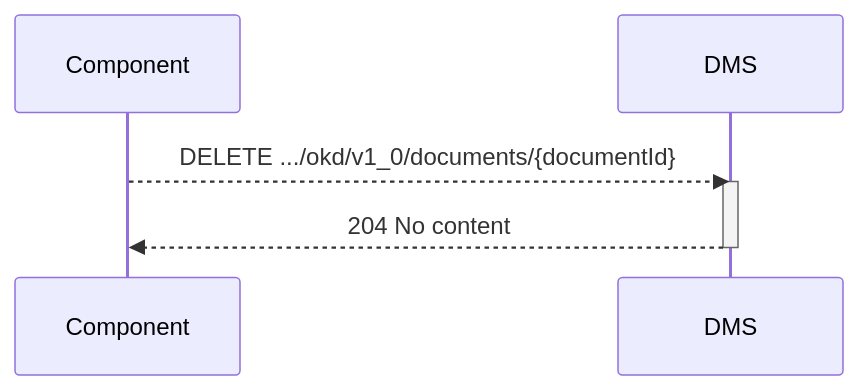
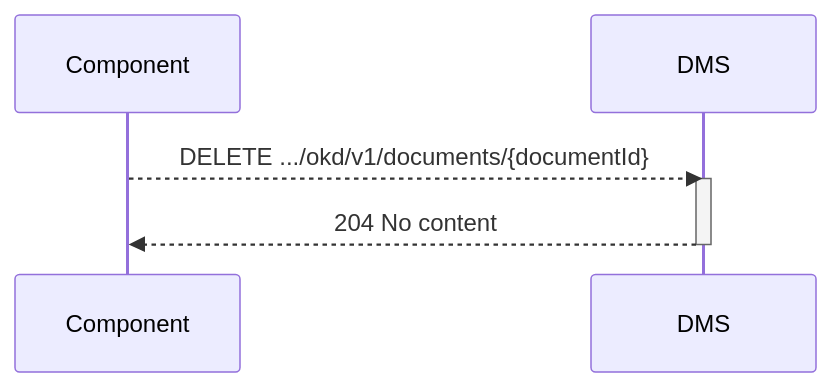
Before and after one commit to Onderwijs-Koppelingen-OKx/OKD-Document-Management: the diagram in doc/flow-z.md, drawn with Mermaid. The commit also changed other lines of this file, not shown here.

Commit message:
Rename v1_0 to v1 for flow-z

````diff
--- a/doc/flow-z.md
+++ b/doc/flow-z.md
@@ -28,9 +28,9 @@
 ```mermaid
 sequenceDiagram
     participant Component
     participant DMS
-    Component-->>DMS: DELETE .../okd/v1_0/documents/{documentId}
+    Component-->>DMS: DELETE .../okd/v1/documents/{documentId}
     activate DMS
     DMS-->>Component: 204 No content
     deactivate DMS
 ```
````
